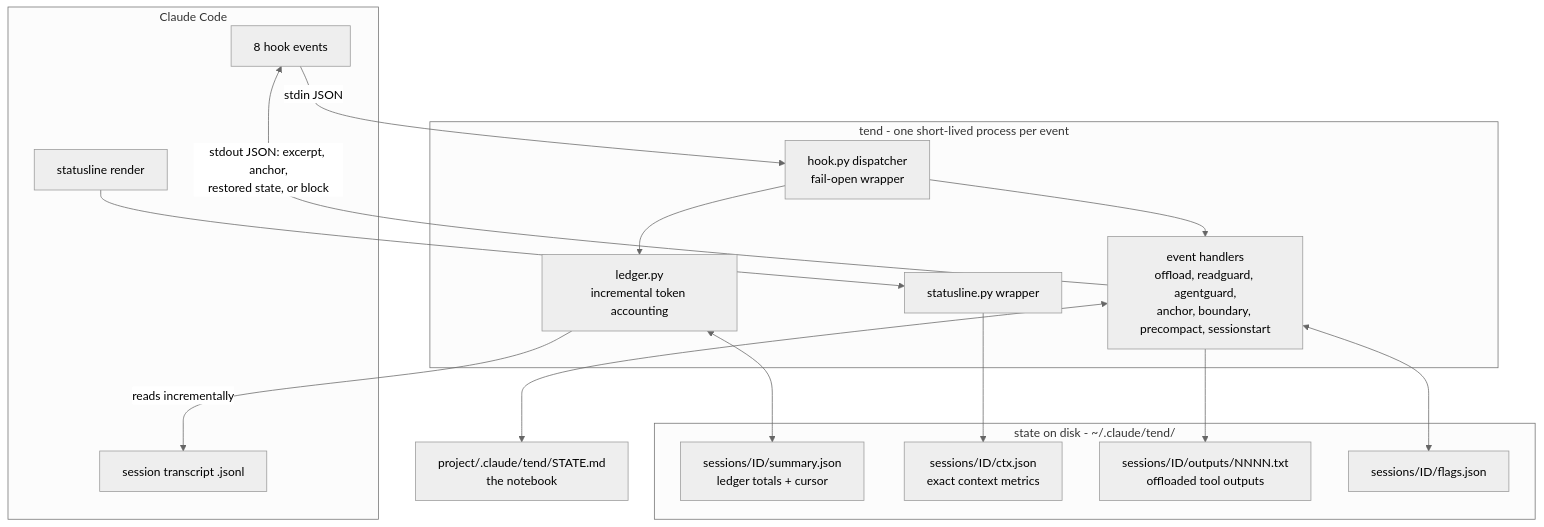
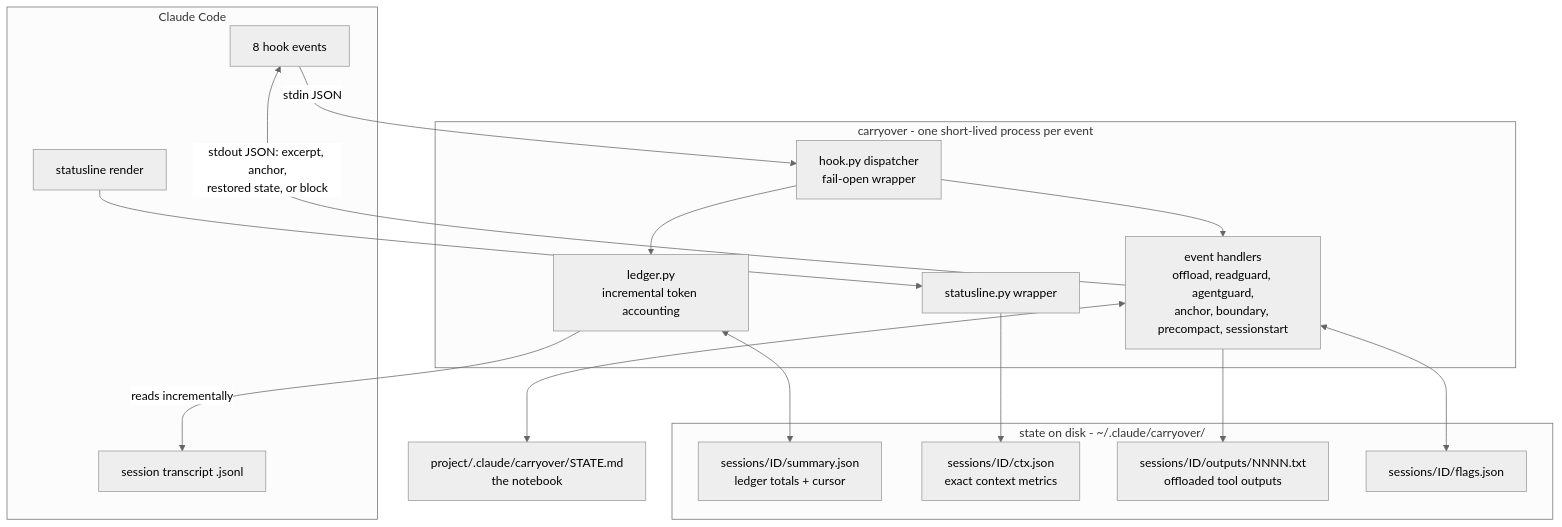
The first of 4 diagrams in docs/architecture.md (varmabudharaju/tend), drawn with Mermaid (neutral theme) before and after one commit. The commit also changed other lines of this file and 3 other files, not shown here.

Commit message:
docs: carryover naming sweep (README, architecture, benchmarks, capture)

````diff
--- a/docs/architecture.md
+++ b/docs/architecture.md
@@ -11,32 +11,32 @@
 ```mermaid
 flowchart TB
     subgraph cc ["Claude Code"]
         EV["8 hook events"]
         SL["statusline render"]
         TR["session transcript .jsonl"]
     end
-    subgraph tendp ["tend - one short-lived process per event"]
+    subgraph carryoverp ["carryover - one short-lived process per event"]
         HK["hook.py dispatcher<br/>fail-open wrapper"]
         LG["ledger.py<br/>incremental token accounting"]
         HD["event handlers<br/>offload, readguard, agentguard,<br/>anchor, boundary, precompact, sessionstart"]
         SLW["statusline.py wrapper"]
     end
-    subgraph disk ["state on disk - ~/.claude/tend/"]
+    subgraph disk ["state on disk - ~/.claude/carryover/"]
         SUM["sessions/ID/summary.json<br/>ledger totals + cursor"]
         CTX["sessions/ID/ctx.json<br/>exact context metrics"]
         OUT["sessions/ID/outputs/NNNN.txt<br/>offloaded tool outputs"]
         FLG["sessions/ID/flags.json"]
     end
-    ST["project/.claude/tend/STATE.md<br/>the notebook"]
+    ST["project/.claude/carryover/STATE.md<br/>the notebook"]
     EV -->|"stdin JSON"| HK
     HK --> LG
     HK --> HD
     LG -->|"reads incrementally"| TR
     LG <--> SUM
     SL --> SLW
     SLW --> CTX
     HD <--> FLG
     HD --> OUT
     HD <--> ST
     HD -->|"stdout JSON: excerpt, anchor,<br/>restored state, or block"| EV
 ```
````
